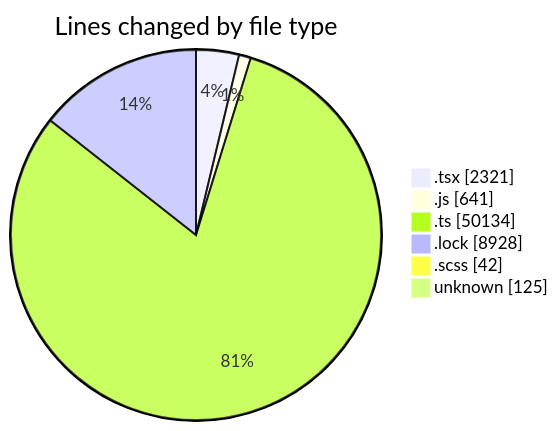
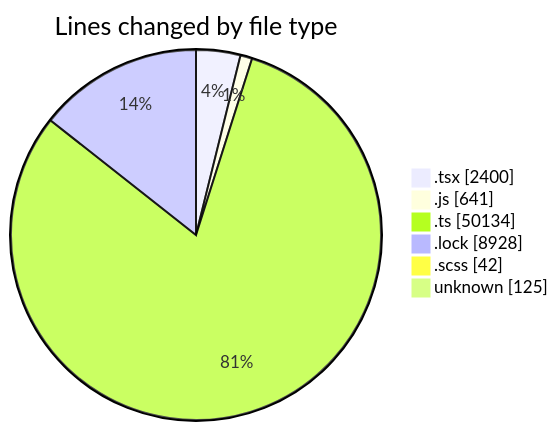
One commit to momahboobian/code-tracking changed the first of 2 diagrams in 2026-09-16/cda/README.md. Above: the diagram before and after it, drawn with Mermaid. The commit also changed other lines of this file and 1 other file, not shown here.

````diff
--- a/2026-09-16/cda/README.md
+++ b/2026-09-16/cda/README.md
@@ -58,10 +59,10 @@
 ```mermaid
 pie showData
 title Lines changed by file type
-".tsx" : 2321
+".tsx" : 2400
 ".js" : 641
 ".ts" : 50134
 ".lock" : 8928
 ".scss" : 42
 "unknown" : 125
 ```
````
